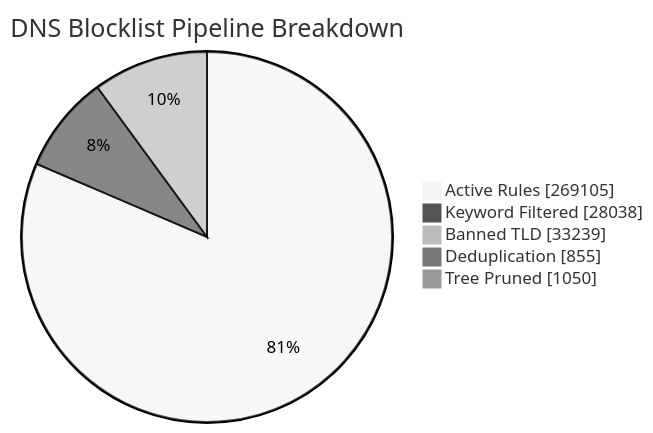
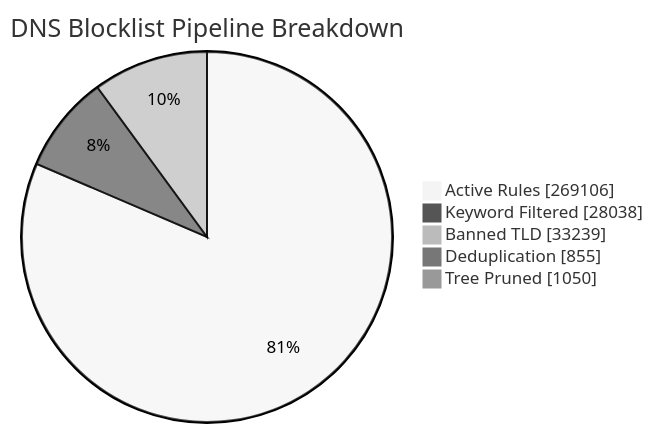
Before and after one commit to brojangles24/Cloudflare-ZeroTrust-AdBlock: the first of 6 diagrams in README_STATS.md, drawn with Mermaid (neutral theme). The commit also changed other lines of this file and 1 other file, not shown here.

````diff
--- a/README_STATS.md
+++ b/README_STATS.md
@@ -41,8 +41,8 @@
 ```mermaid
 pie showData title DNS Blocklist Pipeline Breakdown
-    "Active Rules"     : 269105
+    "Active Rules"     : 269106
     "Keyword Filtered" : 28038
     "Banned TLD"       : 33239
     "Deduplication"    : 855
     "Tree Pruned"      : 1050
 ```
````
